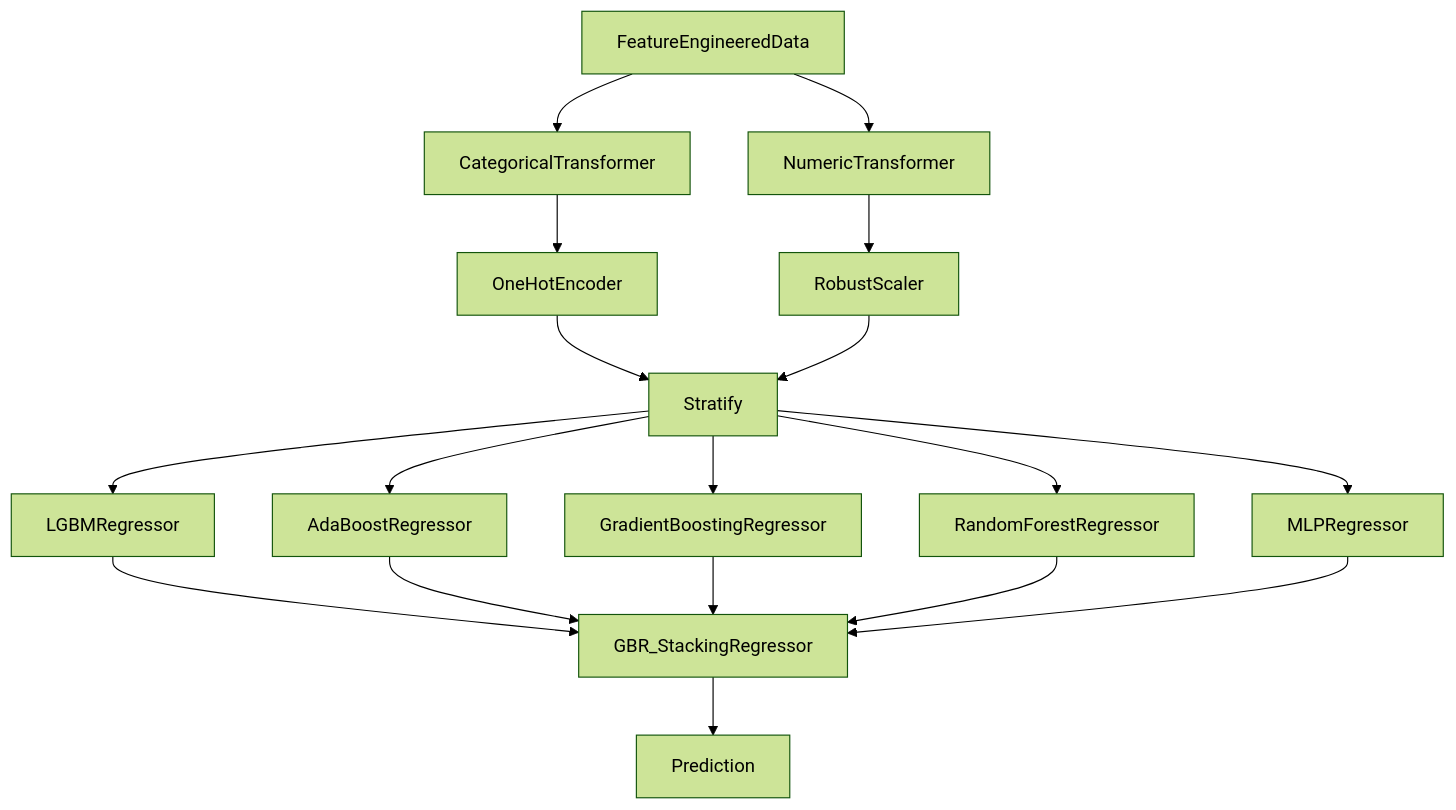
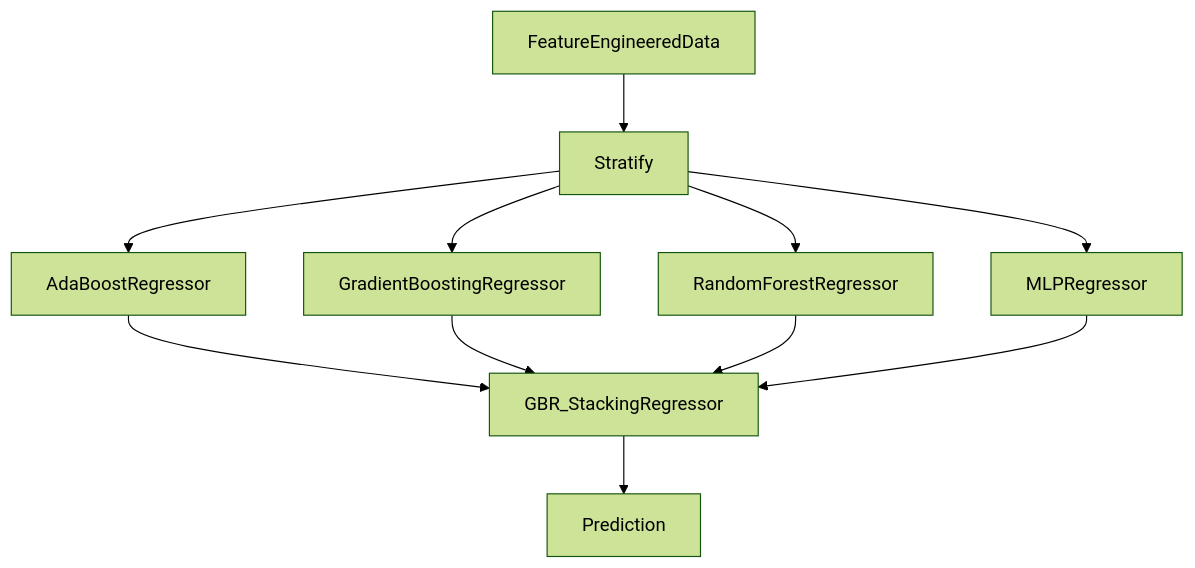
Before and after one commit to dec1costello/TOUR-Championship-Strokes-Gained-Analysis: the diagram in README.md, drawn with Mermaid (forest theme).

````diff
--- a/README.md
+++ b/README.md
@@ -230,23 +230,17 @@
 ```mermaid
 graph TB
-      FeatureEngineeredData --> CategoricalTransformer;
-      FeatureEngineeredData --> NumericTransformer;
-      CategoricalTransformer --> OneHotEncoder;
-      OneHotEncoder --> Stratify;
-      NumericTransformer --> RobustScaler;
-      RobustScaler --> Stratify;
+      FeatureEngineeredData --> Stratify;
+
 
       Stratify-->RandomForestRegressor;
       Stratify-->MLPRegressor;
       Stratify-->GradientBoostingRegressor;
       Stratify--> AdaBoostRegressor;
-      Stratify--> LGBMRegressor;
 
-      LGBMRegressor-->GBR_StackingRegressor;
       AdaBoostRegressor-->GBR_StackingRegressor;
       GradientBoostingRegressor-->GBR_StackingRegressor;
       RandomForestRegressor-->GBR_StackingRegressor;
       MLPRegressor-->GBR_StackingRegressor;
 
       GBR_StackingRegressor --> Prediction;
 ```
````
